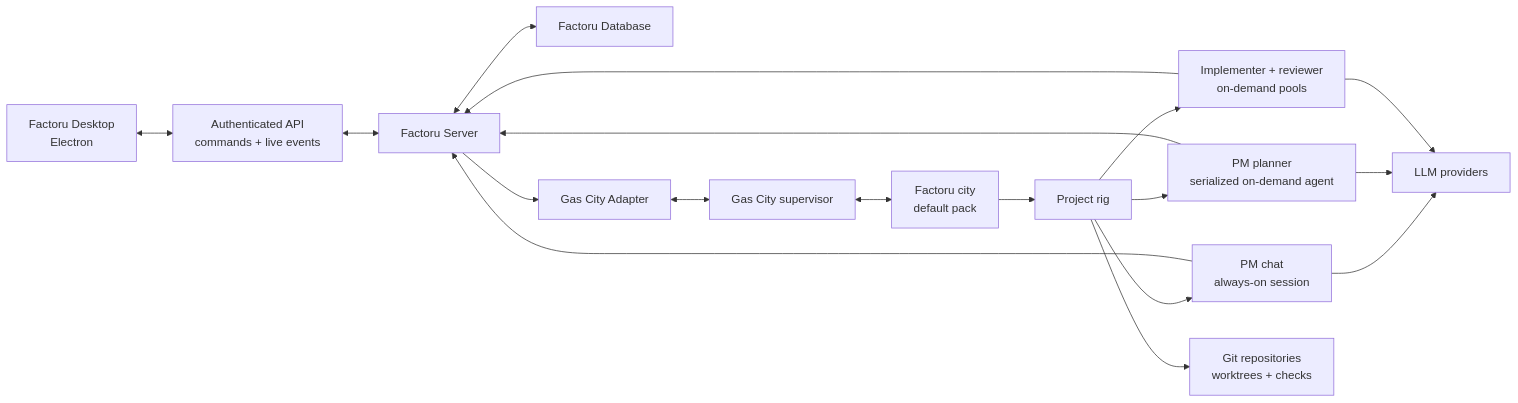
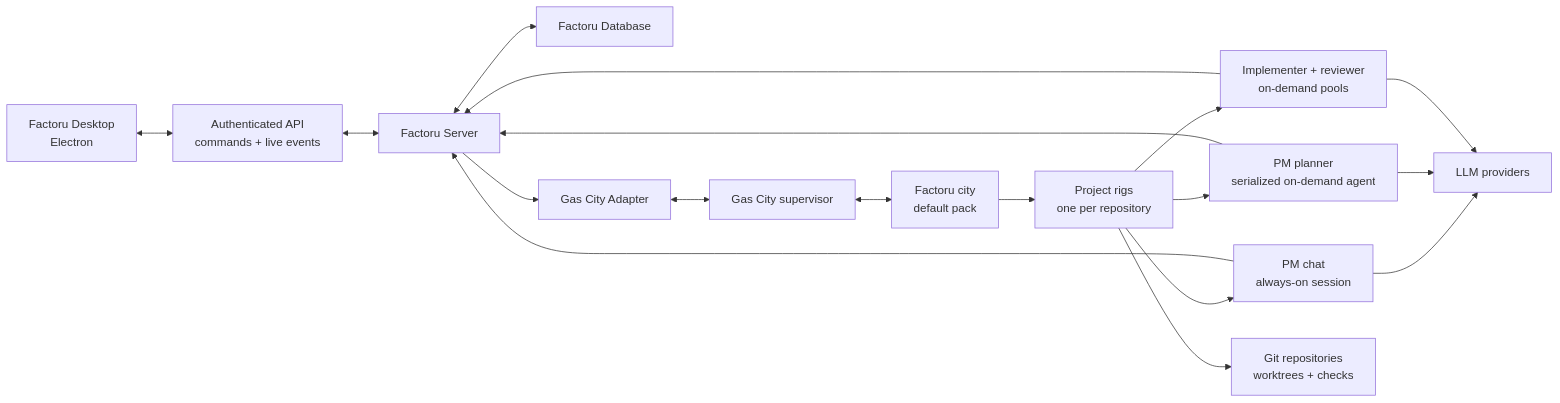
The first of 3 diagrams in docs/ROADMAP.md (RUverse/factoru), drawn with Mermaid before and after one commit. The commit also changed other lines of this file and 22 other files, not shown here.

````diff
--- a/docs/ROADMAP.md
+++ b/docs/ROADMAP.md
@@ -258,31 +266,31 @@
 ```mermaid
 flowchart LR
     D["Factoru Desktop<br/>Electron"]
     API["Authenticated API<br/>commands + live events"]
     S["Factoru Server"]
     DB["Factoru Database"]
     GC["Gas City Adapter"]
     SUP["Gas City supervisor"]
     CITY["Factoru city<br/>default pack"]
-    RIG["Project rig"]
+    RIG["Project rigs<br/>one per repository"]
     PM["PM chat<br/>always-on session"]
     PLAN["PM planner<br/>serialized on-demand agent"]
     W["Implementer + reviewer<br/>on-demand pools"]
     R["Git repositories<br/>worktrees + checks"]
     LLM["LLM providers"]
 
     D <--> API <--> S
     S <--> DB
     S --> GC <--> SUP <--> CITY
     CITY --> RIG
     RIG --> PM
     RIG --> PLAN
     RIG --> W
     PM --> S
     PLAN --> S
     W --> S
     RIG --> R
     PM --> LLM
     PLAN --> LLM
     W --> LLM
 ```
````
